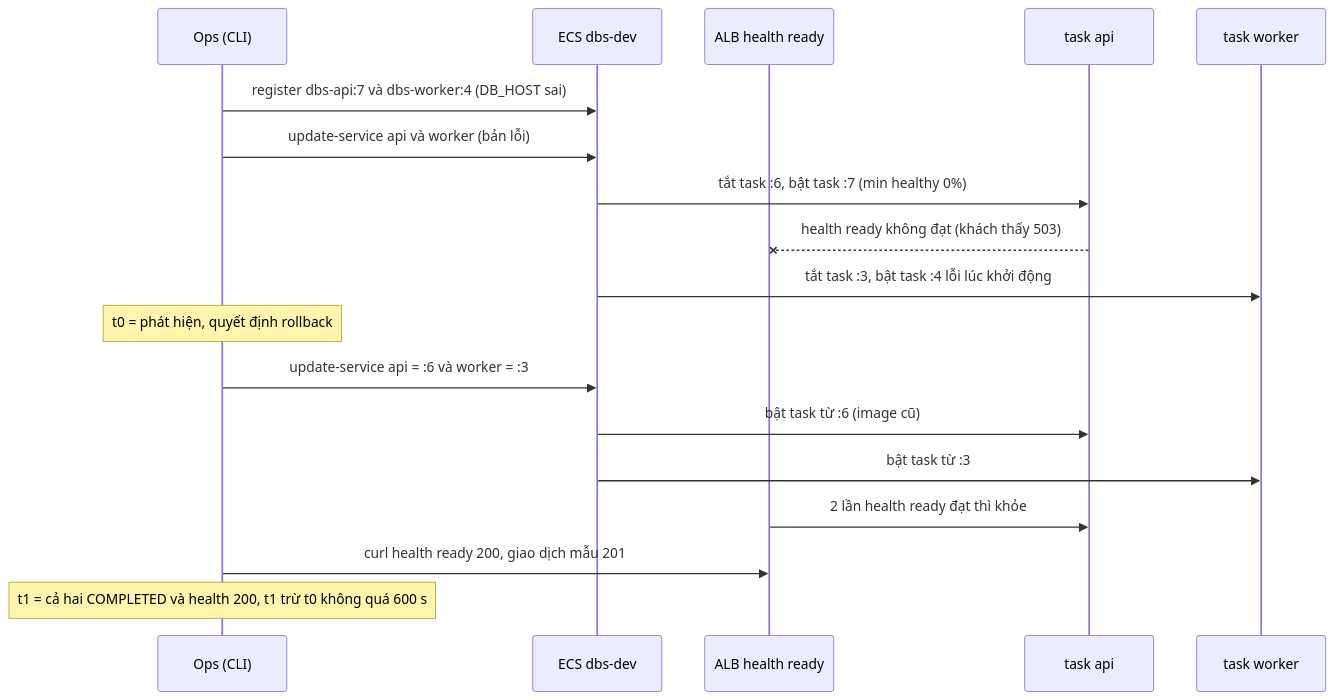
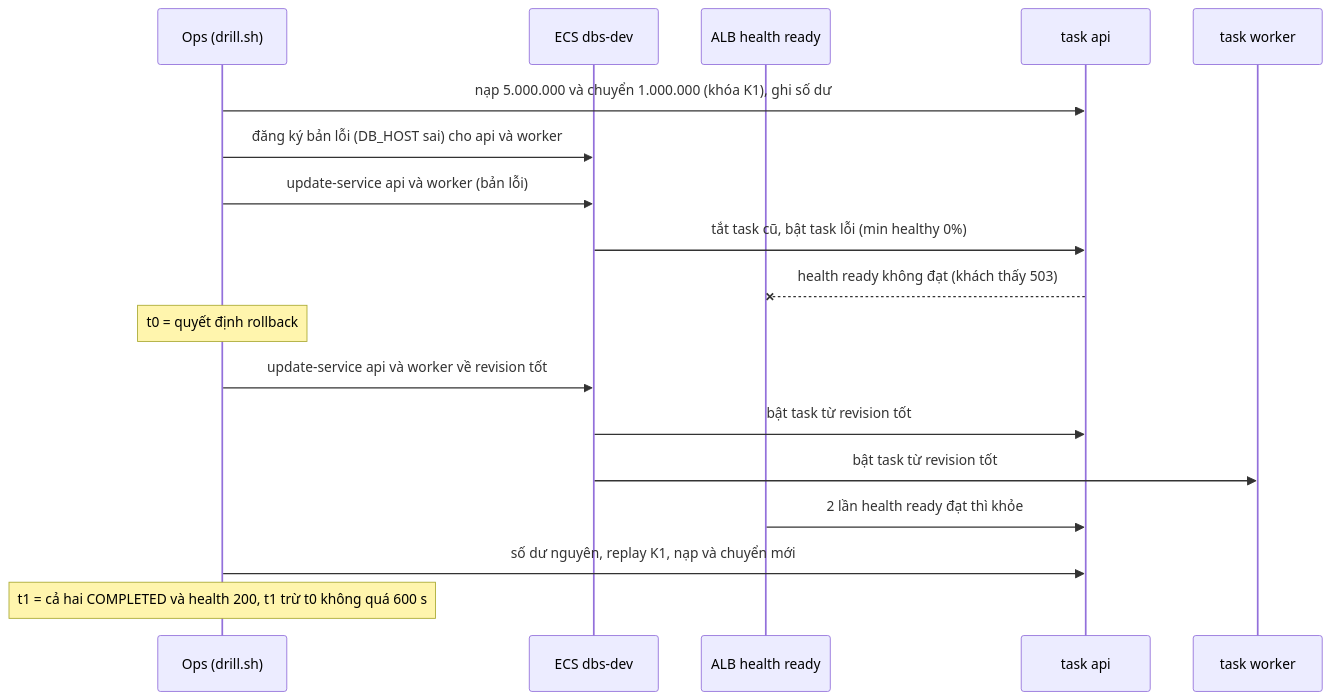
The diagram in docs/features/DBS-156-rollback-drill.md (Lawliet119/digital-banking-simulator), drawn with Mermaid before and after one commit. The commit also changed other lines of this file and 15 other files, not shown here.

First line of the commit message:
docs(ops): DBS-156 sửa runbook, chạy lại diễn tập có giao dịch mẫu (267 s), domain review hai vòng

````diff
--- a/docs/features/DBS-156-rollback-drill.md
+++ b/docs/features/DBS-156-rollback-drill.md
@@ -86,20 +93,20 @@
 ```mermaid
 sequenceDiagram
-    participant Op as Ops (CLI)
+    participant Op as Ops (drill.sh)
     participant ECS as ECS dbs-dev
     participant ALB as ALB health ready
     participant API as task api
     participant W as task worker
-    Op->>ECS: register dbs-api:7 và dbs-worker:4 (DB_HOST sai)
+    Op->>API: nạp 5.000.000 và chuyển 1.000.000 (khóa K1), ghi số dư
+    Op->>ECS: đăng ký bản lỗi (DB_HOST sai) cho api và worker
     Op->>ECS: update-service api và worker (bản lỗi)
-    ECS->>API: tắt task :6, bật task :7 (min healthy 0%)
+    ECS->>API: tắt task cũ, bật task lỗi (min healthy 0%)
     API--xALB: health ready không đạt (khách thấy 503)
-    ECS->>W: tắt task :3, bật task :4 lỗi lúc khởi động
-    Note over Op: t0 = phát hiện, quyết định rollback
-    Op->>ECS: update-service api = :6 và worker = :3
-    ECS->>API: bật task từ :6 (image cũ)
-    ECS->>W: bật task từ :3
+    Note over Op: t0 = quyết định rollback
+    Op->>ECS: update-service api và worker về revision tốt
+    ECS->>API: bật task từ revision tốt
+    ECS->>W: bật task từ revision tốt
     ALB->>API: 2 lần health ready đạt thì khỏe
-    Op->>ALB: curl health ready 200, giao dịch mẫu 201
+    Op->>API: số dư nguyên, replay K1, nạp và chuyển mới
     Note over Op: t1 = cả hai COMPLETED và health 200, t1 trừ t0 không quá 600 s
 ```
````
